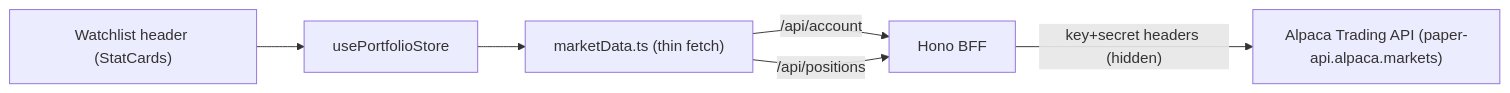
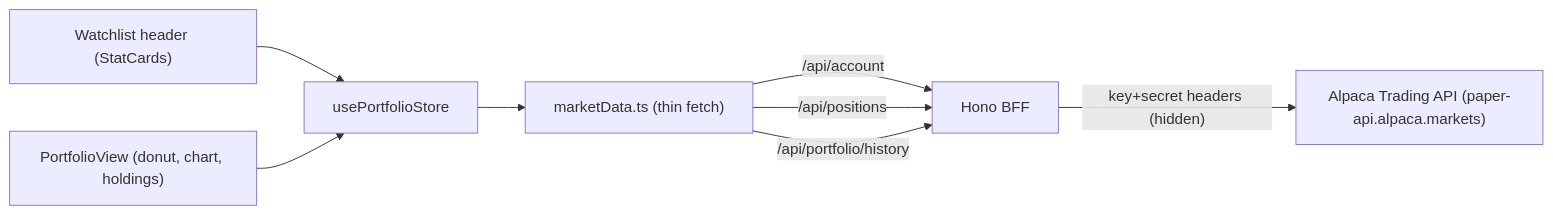
One commit to 1satwinder/trading-dashboard changed the diagram in docs/04-architecture.md. Above: the diagram before and after it, drawn with Mermaid. The commit also changed other lines of this file and 11 other files, not shown here.

Commit message:
Enhance portfolio features: added portfolio history endpoint, updated Alpaca API integration, and implemented PortfolioView with allocation donut and performance chart components.

````diff
--- a/docs/04-architecture.md
+++ b/docs/04-architecture.md
@@ -159,8 +159,10 @@
 ```mermaid
 flowchart LR
   Watch["Watchlist header (StatCards)"] --> Port["usePortfolioStore"]
+  PView["PortfolioView (donut, chart, holdings)"] --> Port
   Port --> MD["marketData.ts (thin fetch)"]
   MD -->|"/api/account"| BFF["Hono BFF"]
   MD -->|"/api/positions"| BFF
+  MD -->|"/api/portfolio/history"| BFF
   BFF -->|"key+secret headers (hidden)"| Alpaca["Alpaca Trading API (paper-api.alpaca.markets)"]
 ```
````
